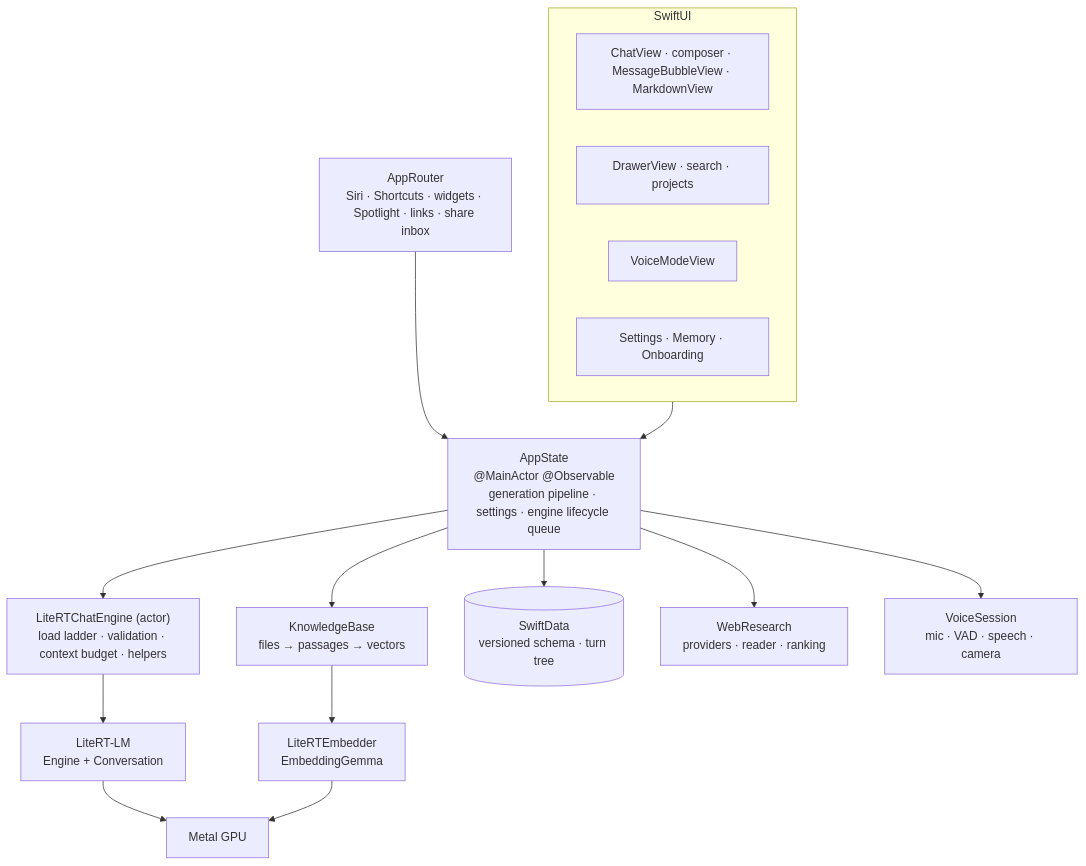
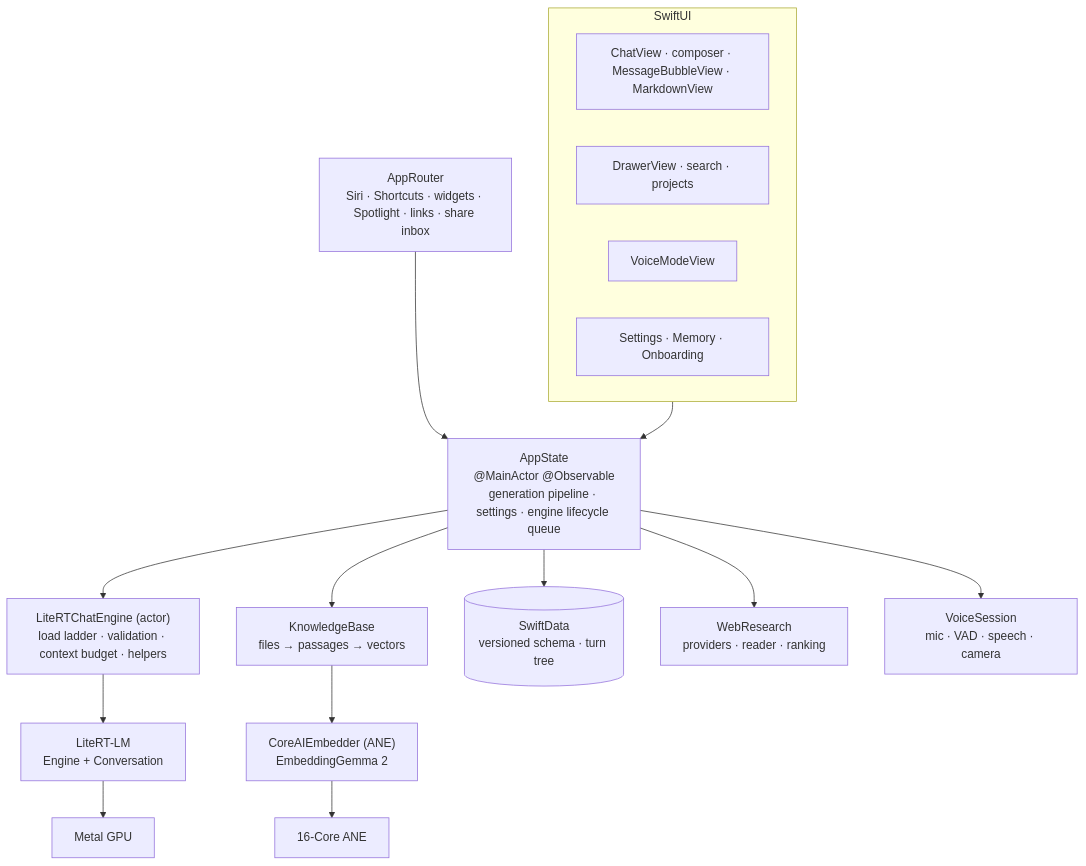
One commit to PowerBeef/Agello changed the diagram in docs/ARCHITECTURE.md. Above: the diagram before and after it, drawn with Mermaid. The commit also changed other lines of this file and 7 other files, not shown here.

````diff
--- a/docs/ARCHITECTURE.md
+++ b/docs/ARCHITECTURE.md
@@ -5,25 +5,25 @@
 ```mermaid
 flowchart TB
   subgraph UI["SwiftUI"]
     Chat["ChatView · composer · MessageBubbleView · MarkdownView"]
     Drawer["DrawerView · search · projects"]
     Voice["VoiceModeView"]
     Settings["Settings · Memory · Onboarding"]
   end
 
   UI --> AppState
 
   AppState["AppState<br/>@MainActor @Observable<br/>generation pipeline · settings · engine lifecycle queue"]
 
   AppState --> Engine["LiteRTChatEngine (actor)<br/>load ladder · validation · context budget · helpers"]
   AppState --> Knowledge["KnowledgeBase<br/>files → passages → vectors"]
   AppState --> Store[("SwiftData<br/>versioned schema · turn tree")]
   AppState --> Web["WebResearch<br/>providers · reader · ranking"]
   AppState --> VoiceSession["VoiceSession<br/>mic · VAD · speech · camera"]
   Router["AppRouter<br/>Siri · Shortcuts · widgets · Spotlight · links · share inbox"] --> AppState
 
   Engine --> LiteRT["LiteRT-LM<br/>Engine + Conversation"]
-  Knowledge --> Embed["LiteRTEmbedder<br/>EmbeddingGemma"]
+  Knowledge --> Embed["CoreAIEmbedder (ANE)<br/>EmbeddingGemma 2"]
   LiteRT --> GPU["Metal GPU"]
-  Embed --> GPU
+  Embed --> ANE["16-Core ANE"]
 ```
````
